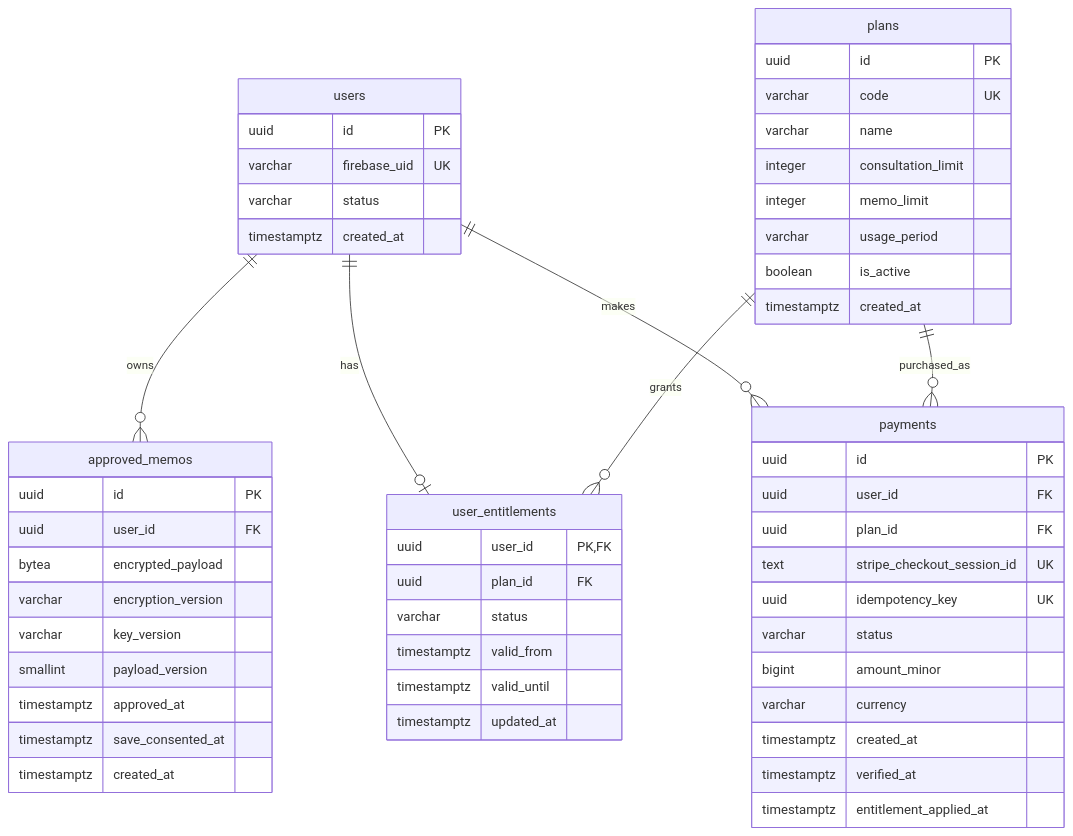
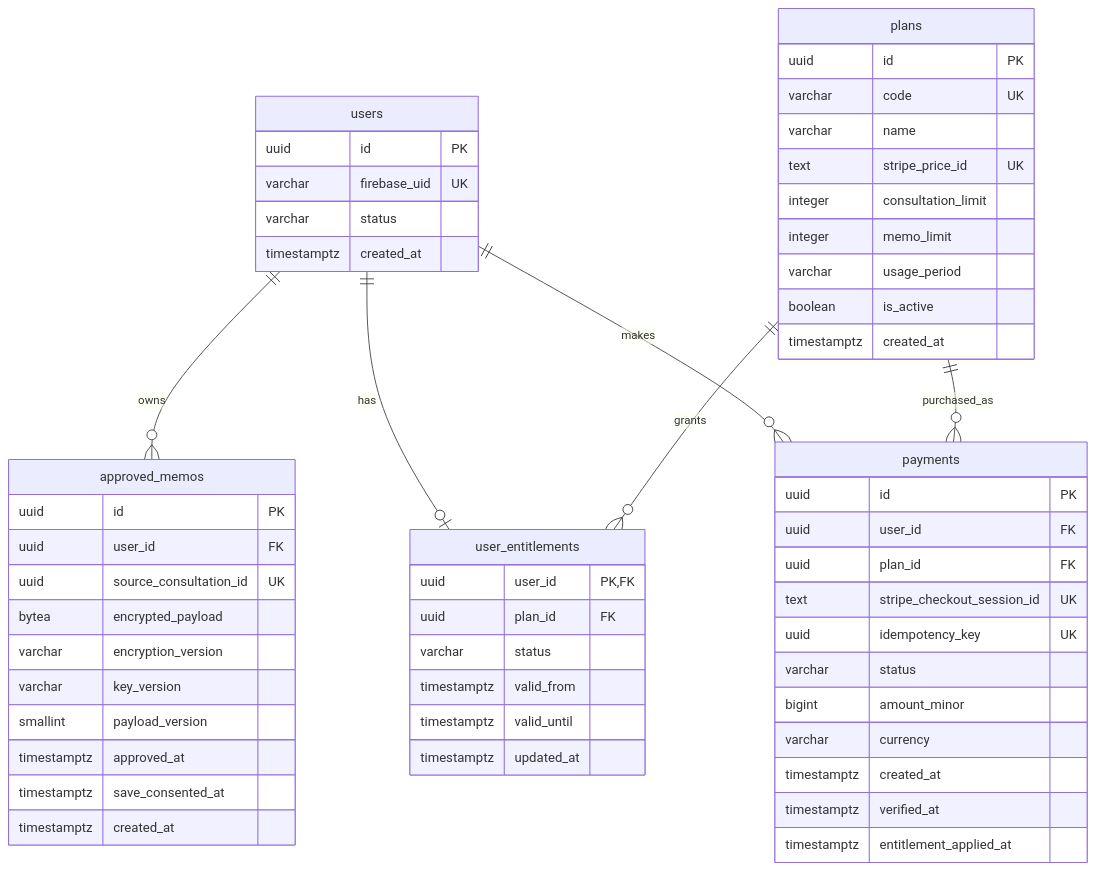
One commit to ms-engineer-bc26-05/Section9_TeamD changed the diagram in docs/db-design.md. Above: the diagram before and after it, drawn with Mermaid. The commit also changed other lines of this file, not shown here.

````diff
--- a/docs/db-design.md
+++ b/docs/db-design.md
@@ -323,61 +343,63 @@
 ```mermaid
 erDiagram
     users ||--o{ approved_memos : owns
     users ||--o| user_entitlements : has
     plans ||--o{ user_entitlements : grants
     users ||--o{ payments : makes
     plans ||--o{ payments : purchased_as
 
     users {
         uuid id PK
         varchar firebase_uid UK
         varchar status
         timestamptz created_at
     }
 
     approved_memos {
         uuid id PK
         uuid user_id FK
+        uuid source_consultation_id UK
         bytea encrypted_payload
         varchar encryption_version
         varchar key_version
         smallint payload_version
         timestamptz approved_at
         timestamptz save_consented_at
         timestamptz created_at
     }
 
     plans {
         uuid id PK
         varchar code UK
         varchar name
+        text stripe_price_id UK
         integer consultation_limit
         integer memo_limit
         varchar usage_period
         boolean is_active
         timestamptz created_at
     }
 
     user_entitlements {
         uuid user_id PK, FK
         uuid plan_id FK
         varchar status
         timestamptz valid_from
         timestamptz valid_until
         timestamptz updated_at
     }
 
     payments {
         uuid id PK
         uuid user_id FK
         uuid plan_id FK
         text stripe_checkout_session_id UK
         uuid idempotency_key UK
         varchar status
         bigint amount_minor
         varchar currency
         timestamptz created_at
         timestamptz verified_at
         timestamptz entitlement_applied_at
     }
 ```
````
